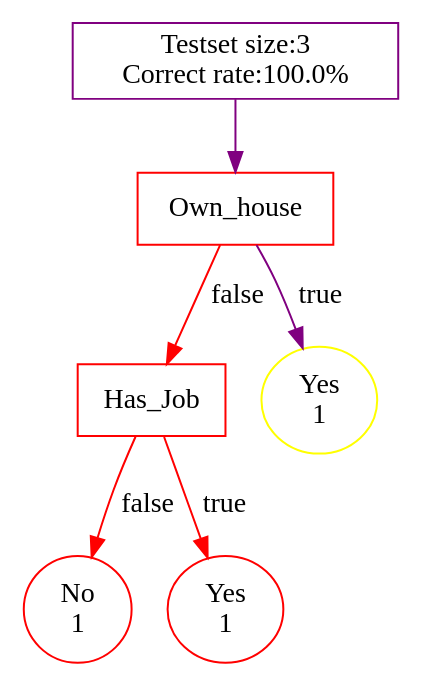
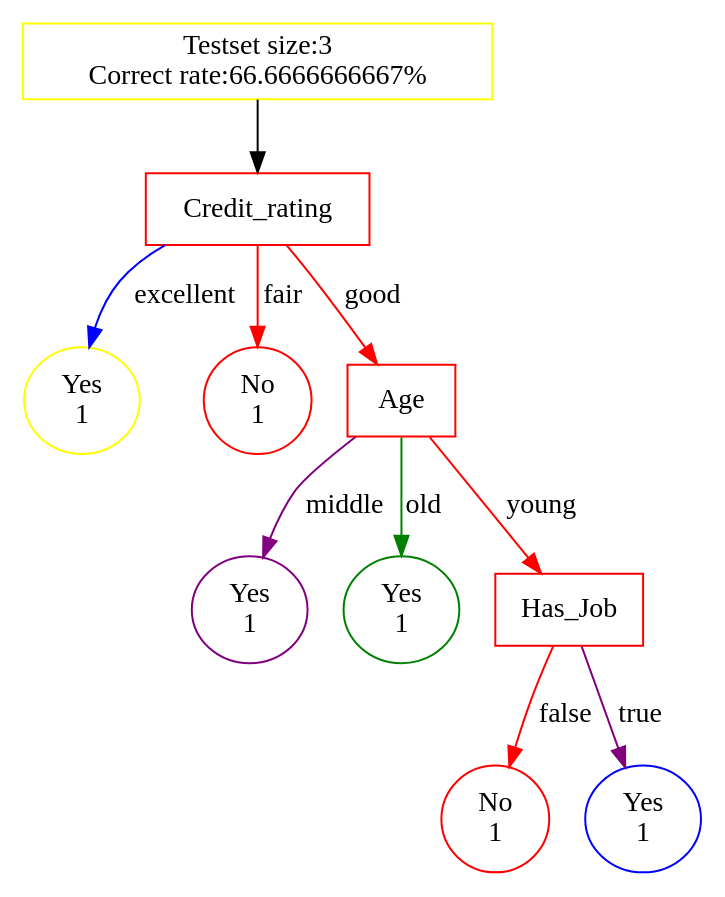
Before and after one commit to chrisking94/datamining: the diagram in TreePlot-output/loan_application.gv, drawn with Graphviz. The commit also changed 37 other files, not shown here.

```diff
--- a/TreePlot-output/loan_application.gv
+++ b/TreePlot-output/loan_application.gv
@@ -1,18 +1,29 @@
 // loan_application
 digraph {
-	9 [label="Testset size:3
-Correct rate:100.0%" color=purple shape=rectangle]
-	9 -> 0 [label="" color=purple style=solid]
-	0 [label=Own_house color=red shape=rectangle]
-	0 -> 1 [label=false color=red style=solid]
-	1 [label=Has_Job color=red shape=rectangle]
-	1 -> 3 [label=false color=red style=solid]
+	17 [label="Testset size:3
+Correct rate:66.6666666667%" color=yellow shape=rectangle]
+	17 -> 0 [label="" color=black style=solid]
+	0 [label=Credit_rating color=red shape=rectangle]
+	0 -> 1 [label=excellent color=blue style=solid]
+	1 [label="Yes
+1" color=yellow shape=ellipse]
+	0 -> 3 [label=fair color=red style=solid]
 	3 [label="No
 1" color=red shape=ellipse]
-	1 -> 5 [label=true color=red style=solid]
-	5 [label="Yes
+	0 -> 5 [label=good color=red style=solid]
+	5 [label=Age color=red shape=rectangle]
+	5 -> 7 [label=middle color=purple style=solid]
+	7 [label="Yes
+1" color=purple shape=ellipse]
+	5 -> 9 [label=old color=green style=solid]
+	9 [label="Yes
+1" color=green shape=ellipse]
+	5 -> 11 [label=young color=red style=solid]
+	11 [label=Has_Job color=red shape=rectangle]
+	11 -> 13 [label=false color=red style=solid]
+	13 [label="No
 1" color=red shape=ellipse]
-	0 -> 7 [label=true color=purple style=solid]
-	7 [label="Yes
-1" color=yellow shape=ellipse]
+	11 -> 15 [label=true color=purple style=solid]
+	15 [label="Yes
+1" color=blue shape=ellipse]
 }
```
